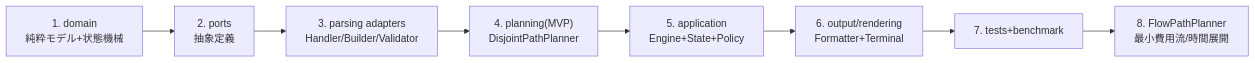
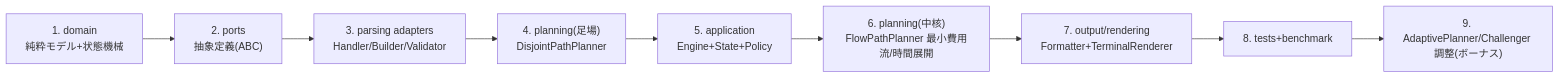
The sixth of 6 diagrams in Flyin/DESIGN.md (hidcc/42subject), drawn with Mermaid before and after one commit. The commit also changed other lines of this file and 3 other files, not shown here.

````diff
--- a/Flyin/DESIGN.md
+++ b/Flyin/DESIGN.md
@@ -622,12 +634,13 @@
 ```mermaid
 flowchart LR
     A["1. domain<br/>純粋モデル+状態機械"]
-    B["2. ports<br/>抽象定義"]
+    B["2. ports<br/>抽象定義(ABC)"]
     C["3. parsing adapters<br/>Handler/Builder/Validator"]
-    D["4. planning(MVP)<br/>DisjointPathPlanner"]
+    D["4. planning(足場)<br/>DisjointPathPlanner"]
     E["5. application<br/>Engine+State+Policy"]
-    F["6. output/rendering<br/>Formatter+Terminal"]
-    G["7. tests+benchmark"]
-    H["8. FlowPathPlanner<br/>最小費用流/時間展開"]
-    A-->B-->C-->D-->E-->F-->G-->H
+    F["6. planning(中核)<br/>FlowPathPlanner 最小費用流/時間展開"]
+    G["7. output/rendering<br/>Formatter+TerminalRenderer"]
+    H["8. tests+benchmark"]
+    I["9. AdaptivePlanner/Challenger 調整(ボーナス)"]
+    A-->B-->C-->D-->E-->F-->G-->H-->I
 ```
````
